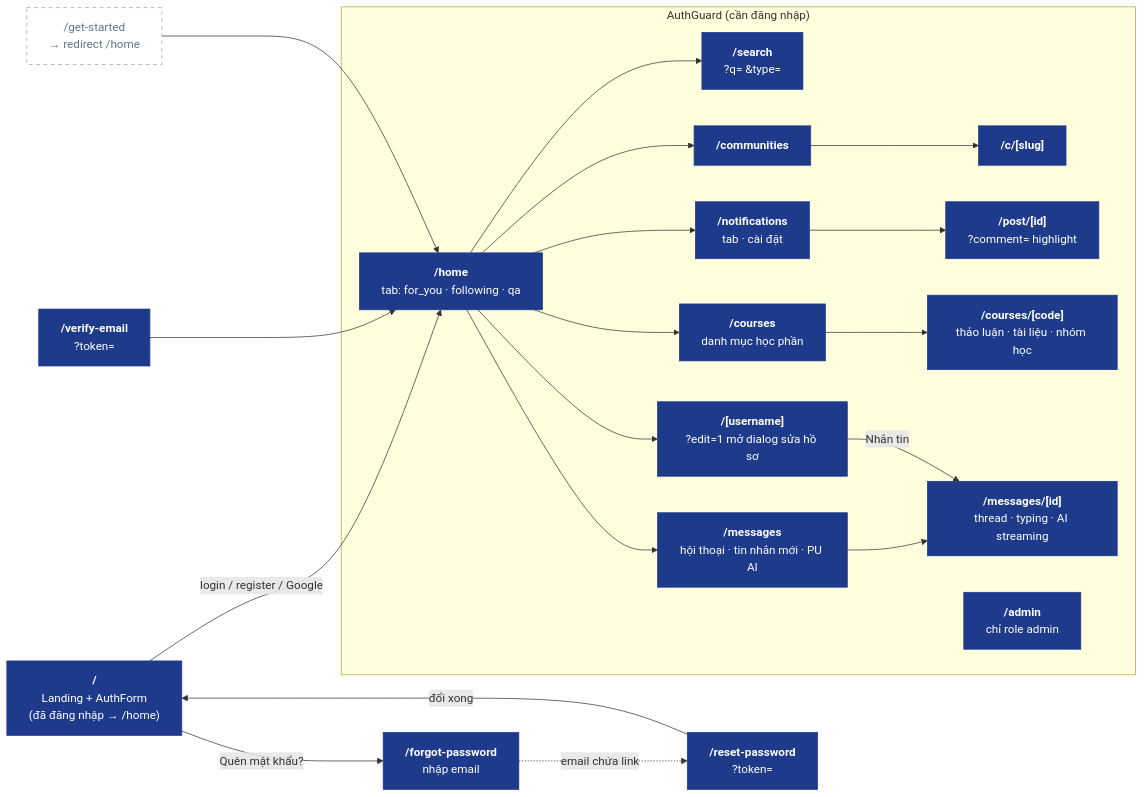
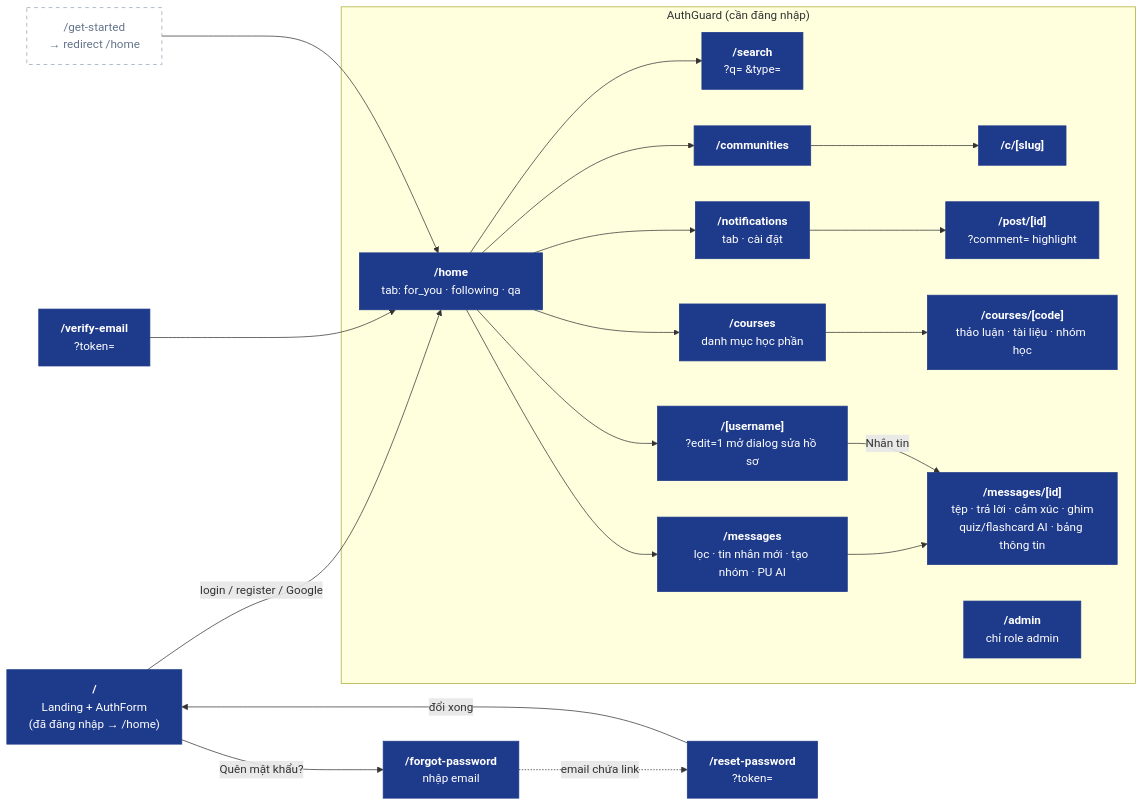
One commit to nhatcoi/pu-connect changed the first of 2 diagrams in docs/diagrams/07-web-app.md. Above: the diagram before and after it, drawn with Mermaid. The commit also changed other lines of this file and 5 other files, not shown here.

Commit message:
docs: chat P2 and PU AI study modes, diagrams and ERD

````diff
--- a/docs/diagrams/07-web-app.md
+++ b/docs/diagrams/07-web-app.md
@@ -7,42 +7,42 @@
 ```mermaid
 flowchart LR
   landing["<b>/</b><br/>Landing + AuthForm<br/>(đã đăng nhập → /home)"]
   verify["<b>/verify-email</b><br/>?token="]
   forgot["<b>/forgot-password</b><br/>nhập email"]
   reset["<b>/reset-password</b><br/>?token="]
   getstarted["/get-started<br/>→ redirect /home"]
 
   subgraph guarded["AuthGuard (cần đăng nhập)"]
     home["<b>/home</b><br/>tab: for_you · following · qa"]
     search["<b>/search</b><br/>?q= &type="]
     comms["<b>/communities</b>"]
     comm["<b>/c/[slug]</b>"]
     profile["<b>/[username]</b><br/>?edit=1 mở dialog sửa hồ sơ"]
     notif["<b>/notifications</b><br/>tab · cài đặt"]
     post["<b>/post/[id]</b><br/>?comment= highlight"]
     courses["<b>/courses</b><br/>danh mục học phần"]
     course["<b>/courses/[code]</b><br/>thảo luận · tài liệu · nhóm học"]
-    msgs["<b>/messages</b><br/>hội thoại · tin nhắn mới · PU AI"]
-    thread["<b>/messages/[id]</b><br/>thread · typing · AI streaming"]
+    msgs["<b>/messages</b><br/>lọc · tin nhắn mới · tạo nhóm · PU AI"]
+    thread["<b>/messages/[id]</b><br/>tệp · trả lời · cảm xúc · ghim<br/>quiz/flashcard AI · bảng thông tin"]
     adminp["<b>/admin</b><br/>chỉ role admin"]
   end
 
   landing -->|login / register / Google| home
   verify --> home
   landing -->|Quên mật khẩu?| forgot
   forgot -.->|email chứa link| reset
   reset -->|đổi xong| landing
   getstarted --> home
   home --> search & comms & profile & notif
   notif --> post
   comms --> comm
   home --> courses & msgs
   courses --> course
   msgs --> thread
   profile -->|Nhắn tin| thread
 
   classDef page fill:#1e3a8a,stroke:#1e3a8a,color:#fff
   classDef redirect fill:#fff,stroke:#94a3b8,color:#64748b,stroke-dasharray:5 5
   class landing,verify,forgot,reset,home,search,comms,comm,profile,notif,post,courses,course,msgs,thread,adminp page
   class getstarted redirect
 ```
````
